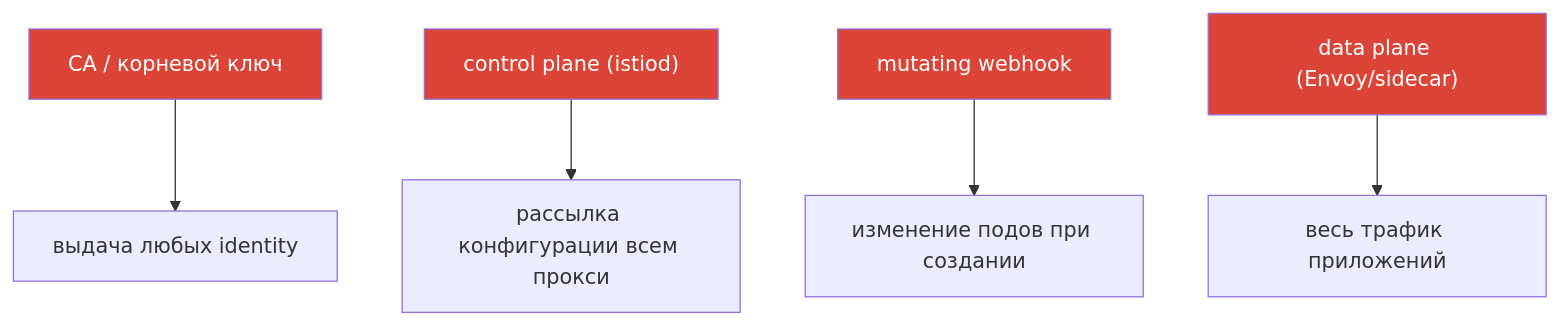
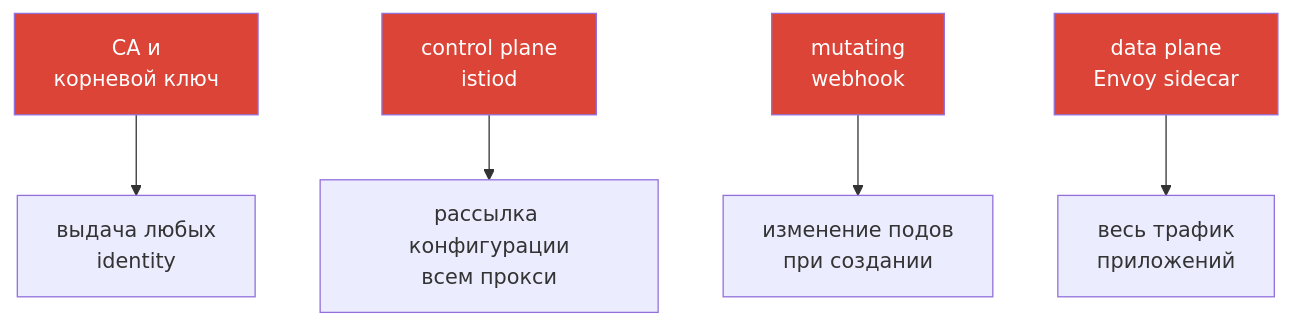
Before and after one commit to ViktorUJ/cks: the diagram in tasks/ica/course/31/ru.md, drawn with Mermaid. The commit also changed other lines of this file and 41 other files, not shown here.

````diff
--- a/tasks/ica/course/31/ru.md
+++ b/tasks/ica/course/31/ru.md
@@ -13,11 +15,11 @@
 ```mermaid
 flowchart TB
-    CA["CA / корневой ключ"] --> ID["выдача любых identity"]
-    CP["control plane (istiod)"] --> CFG["рассылка конфигурации всем прокси"]
-    WH["mutating webhook"] --> POD["изменение подов при создании"]
-    DP["data plane (Envoy/sidecar)"] --> TR["весь трафик приложений"]
+    CA["CA и<br>корневой ключ"] --> ID["выдача любых<br>identity"]
+    CP["control plane<br>istiod"] --> CFG["рассылка конфигурации<br>всем прокси"]
+    WH["mutating<br>webhook"] --> POD["изменение подов<br>при создании"]
+    DP["data plane<br>Envoy sidecar"] --> TR["весь трафик<br>приложений"]
     style CA fill:#db4437,color:#fff
     style CP fill:#db4437,color:#fff
     style WH fill:#db4437,color:#fff
     style DP fill:#db4437,color:#fff
 ```
````
